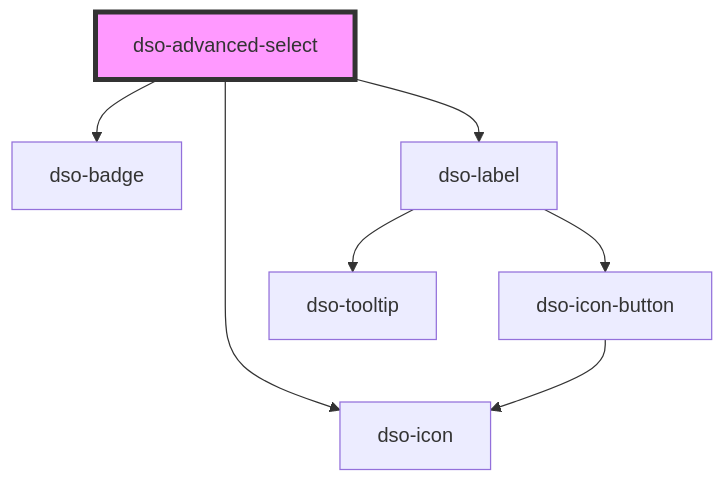
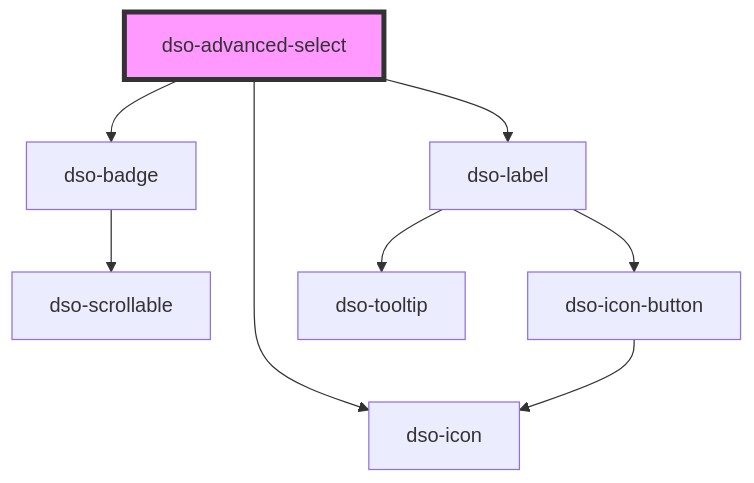
One commit to dso-toolkit/dso-toolkit changed the diagram in packages/core/src/components/advanced-select/readme.md. Above: the diagram before and after it, drawn with Mermaid. The commit also changed 37 other files, not shown here.

````diff
--- a/packages/core/src/components/advanced-select/readme.md
+++ b/packages/core/src/components/advanced-select/readme.md
@@ -34,10 +34,11 @@
 ```mermaid
 graph TD;
   dso-advanced-select --> dso-badge
   dso-advanced-select --> dso-icon
   dso-advanced-select --> dso-label
+  dso-badge --> dso-scrollable
   dso-label --> dso-icon-button
   dso-label --> dso-tooltip
   dso-icon-button --> dso-icon
   style dso-advanced-select fill:#f9f,stroke:#333,stroke-width:4px
 ```
````
